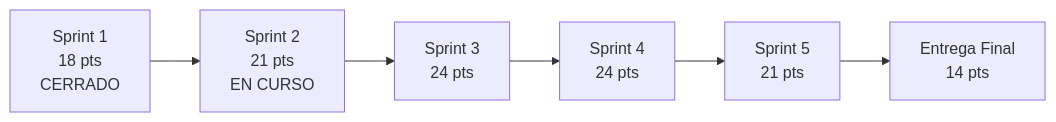
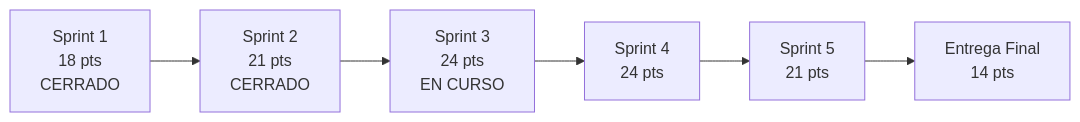
Before and after one commit to Alexander-hub-co/Fundamentos_Ing_SW: the diagram in Docs/Entrega-1/reporte-gerencial.md, drawn with Mermaid. The commit also changed other lines of this file and 16 other files, not shown here.

````diff
--- a/Docs/Entrega-1/reporte-gerencial.md
+++ b/Docs/Entrega-1/reporte-gerencial.md
@@ -33,10 +35,10 @@
 ```mermaid
 flowchart LR
     S1["Sprint 1<br/>18 pts<br/>CERRADO"]
-    S2["Sprint 2<br/>21 pts<br/>EN CURSO"]
-    S3["Sprint 3<br/>24 pts"]
+    S2["Sprint 2<br/>21 pts<br/>CERRADO"]
+    S3["Sprint 3<br/>24 pts<br/>EN CURSO"]
     S4["Sprint 4<br/>24 pts"]
     S5["Sprint 5<br/>21 pts"]
     EF["Entrega Final<br/>14 pts"]
     S1 --> S2 --> S3 --> S4 --> S5 --> EF
 ```
````
